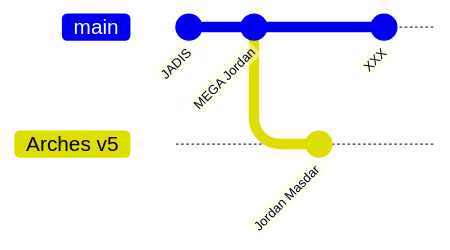
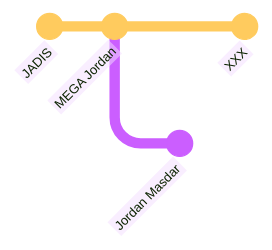
The first of 2 diagrams in dev/README.md (eamena-project/eamena-arches-dev), drawn with Mermaid before and after one commit.

Commit message:
work with mermaid Gitgraph

````diff
--- a/dev/README.md
+++ b/dev/README.md
@@ -5,9 +5,10 @@
 ```mermaid
+%%{init: { 'logLevel': 'debug', 'theme': 'base', 'gitGraph': {'showBranches': false}} }%%
 gitGraph
        commit id: "JADIS"
        commit id: "MEGA Jordan"
        branch "Arches v5"
        commit id: "Jordan Masdar"
        checkout main
        commit id: "XXX"
 ```
````
